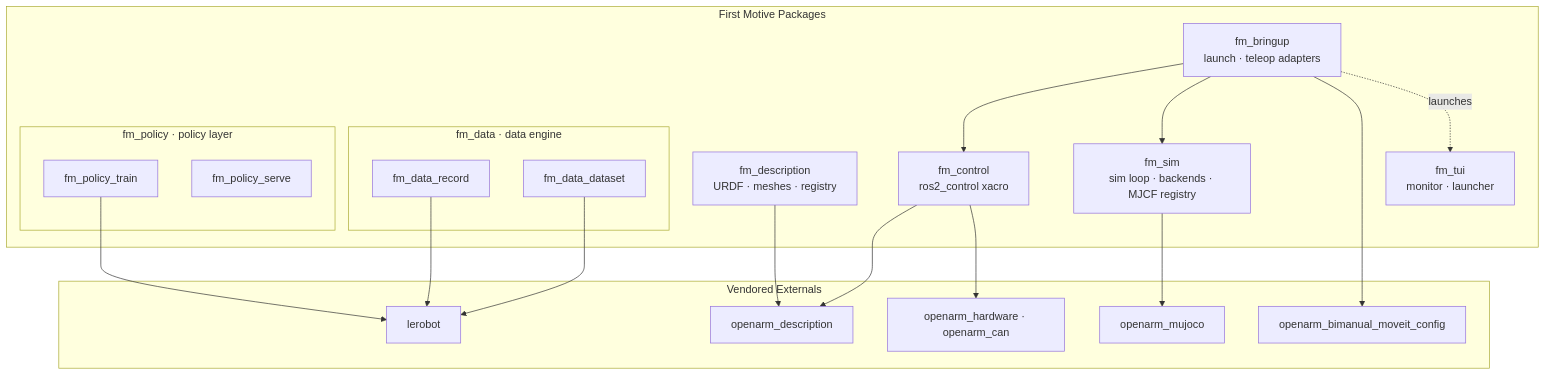
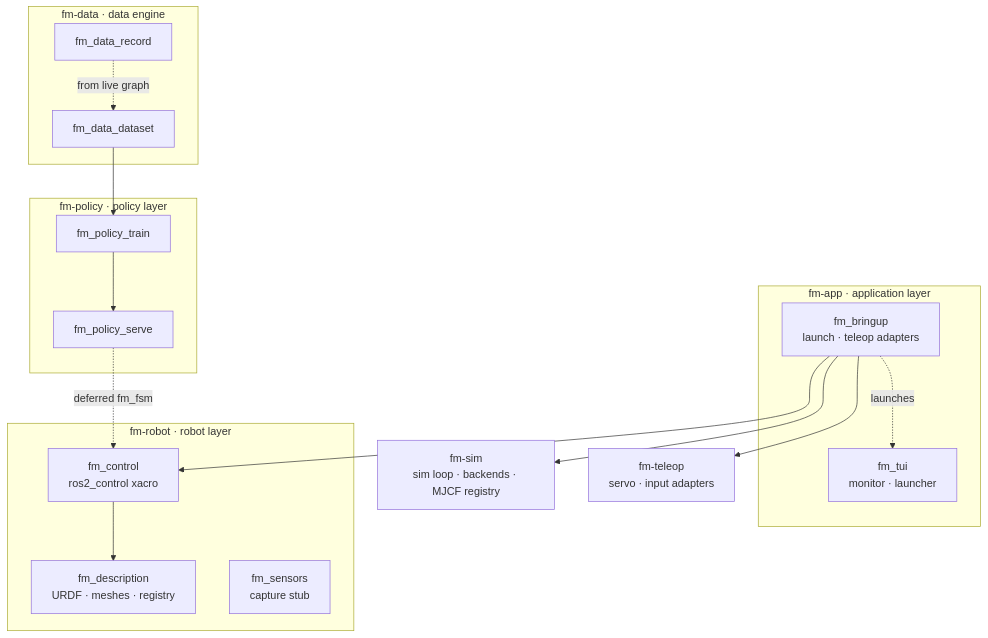
The second of 4 diagrams in docs/ARCHITECTURE.md (first-motive/fm-ros2), drawn with Mermaid before and after one commit. The commit also changed other lines of this file and 11 other files, not shown here.

Commit message:
docs: scope architecture to orchestrator level

````diff
--- a/docs/ARCHITECTURE.md
+++ b/docs/ARCHITECTURE.md
@@ -71,42 +93,35 @@
 ```mermaid
 flowchart TD
-    subgraph fm [First Motive Packages]
+    subgraph app [fm-app · application layer]
         bringup[fm_bringup<br/>launch · teleop adapters]
         tui[fm_tui<br/>monitor · launcher]
+    end
 
-        subgraph data [fm_data · data engine]
-            record[fm_data_record]
-            dataset[fm_data_dataset]
-        end
-
-        subgraph policy [fm_policy · policy layer]
-            train[fm_policy_train]
-            serve[fm_policy_serve]
-        end
-
-        sim[fm_sim<br/>sim loop · backends · MJCF registry]
+    subgraph robot [fm-robot · robot layer]
         control[fm_control<br/>ros2_control xacro]
         desc[fm_description<br/>URDF · meshes · registry]
+        sensors[fm_sensors<br/>capture stub]
     end
 
-    subgraph ext [Vendored Externals]
-        oa_desc[openarm_description]
-        oa_moveit[openarm_bimanual_moveit_config]
-        oa_hw[openarm_hardware · openarm_can]
-        oa_mjcf[openarm_mujoco]
-        lerobot[lerobot]
+    sim[fm-sim<br/>sim loop · backends · MJCF registry]
+    teleop[fm-teleop<br/>servo · input adapters]
+
+    subgraph data [fm-data · data engine]
+        record[fm_data_record]
+        dataset[fm_data_dataset]
+    end
+
+    subgraph policy [fm-policy · policy layer]
+        train[fm_policy_train]
+        serve[fm_policy_serve]
     end
 
     bringup --> control
     bringup --> sim
-    bringup --> oa_moveit
-    control --> oa_desc
-    control --> oa_hw
-    desc --> oa_desc
-    sim --> oa_mjcf
-    record --> lerobot
-    dataset --> lerobot
-    train --> lerobot
-
+    bringup --> teleop
+    control --> desc
     bringup -.launches.-> tui
+    record -.from live graph.-> dataset
+    dataset --> train --> serve
+    serve -.deferred fm_fsm.-> control
 ```
````
